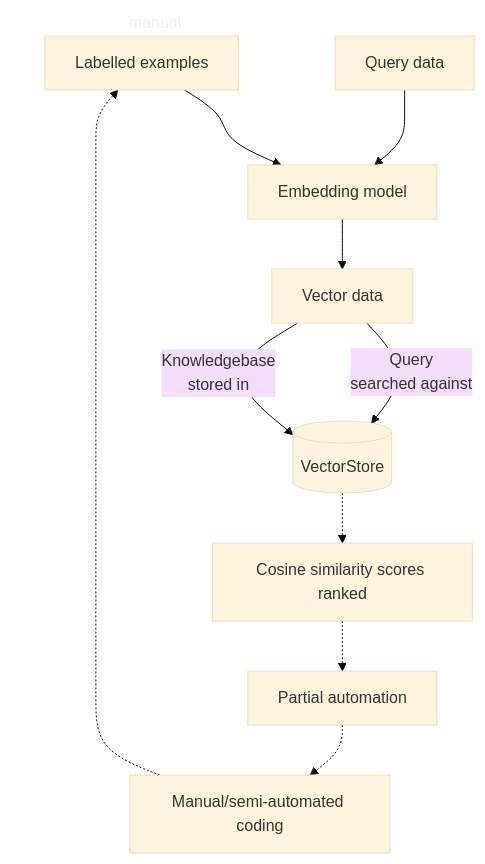
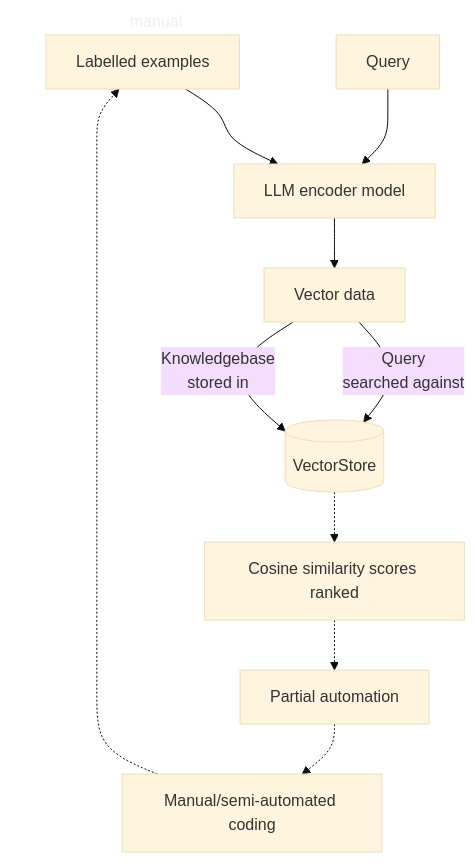
Before and after one commit to datasciencecampus/NBS-LLM-classifier: the diagram in README.md, drawn with Mermaid (base theme). The commit also changed other lines of this file, not shown here.

````diff
--- a/README.md
+++ b/README.md
@@ -59,18 +62,18 @@
 ```mermaid
 flowchart TB
-    A[Labelled examples] --> C[Embedding model]
-    B[Query data] --> C
+    A[Labelled examples] --> C[LLM encoder model]
+    B[Query] --> C
     C --> D[Vector data]
     D --> |Query<br>searched against| E[(VectorStore)]
     D --> |Knowledgebase<br>stored in| E
     E -.-> F[Cosine similarity scores ranked]
     F -.-> G[Partial automation]
     G -.-> H[Manual/semi-automated coding]
     H -.-> A
 
 subgraph manual
 A
 end
 
 style manual color:#2121,fill-opacity:0,stroke-width:0px
 ```
````
